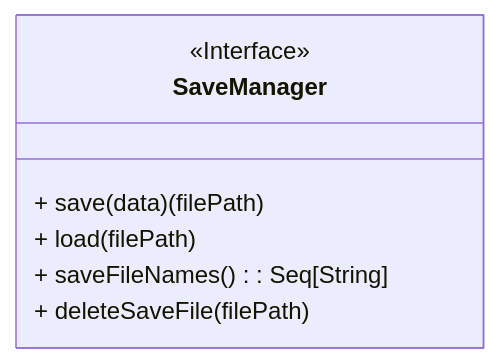
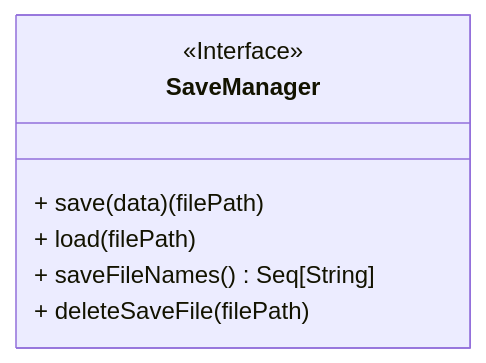
The ninth of 14 diagrams in docs/report/4-detailed-design.md (Borgotto/PPS-25-scalatello), drawn with Mermaid before and after one commit. The commit also changed other lines of this file and 10 other files, not shown here.

````diff
--- a/docs/report/4-detailed-design.md
+++ b/docs/report/4-detailed-design.md
@@ -313,9 +313,9 @@
 ```mermaid
 classDiagram
   class SaveManager <<Interface>> {
     + save(data)(filePath)
     + load(filePath)
-    + saveFileNames(): Seq[String]
+    + saveFileNames() Seq[String]
     + deleteSaveFile(filePath)
   }
 ```
````
